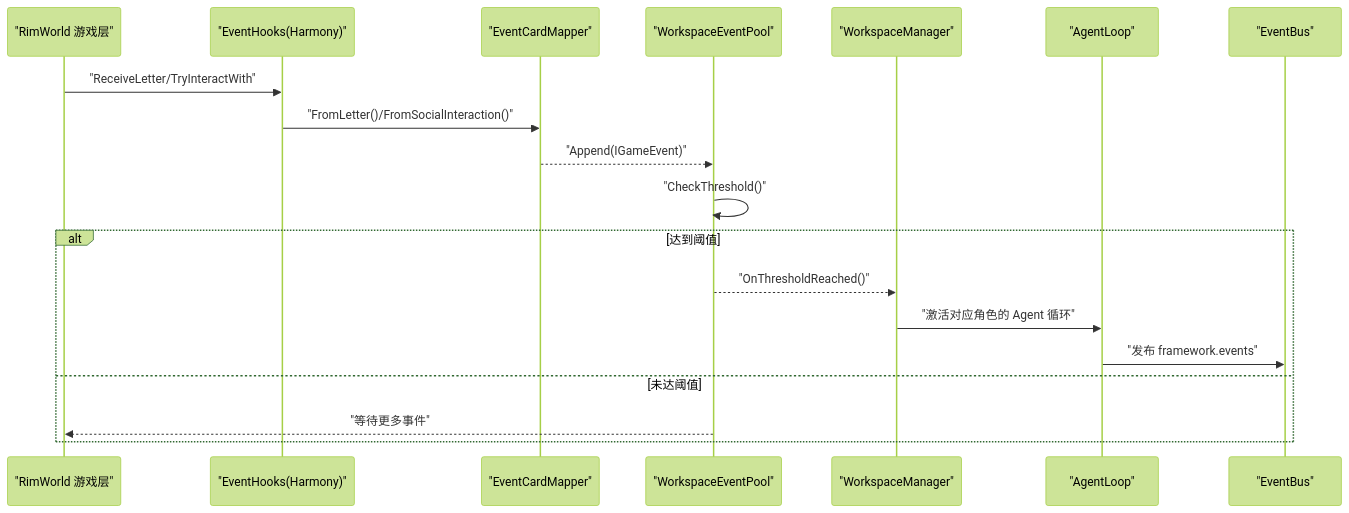
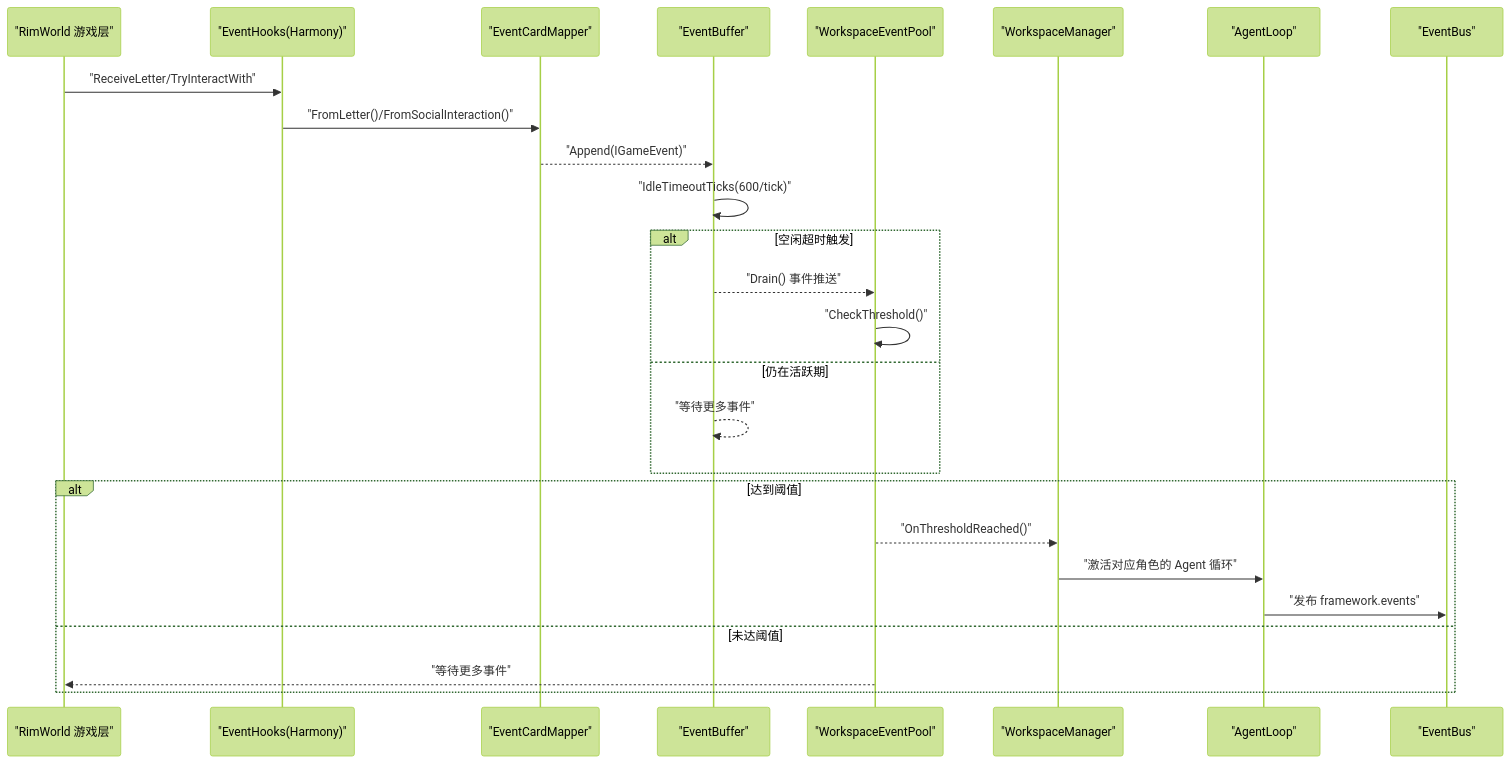
Before and after one commit to suzvka/RimLife: the second of 8 diagrams in .qoder/repowiki/zh/content/事件系统集成.md, drawn with Mermaid (forest theme). The commit also changed other lines of this file and 19 other files, not shown here.

````diff
--- a/.qoder/repowiki/zh/content/事件系统集成.md
+++ b/.qoder/repowiki/zh/content/事件系统集成.md
@@ -125,21 +147,28 @@
 ```mermaid
 sequenceDiagram
 participant Game as "RimWorld 游戏层"
 participant Hooks as "EventHooks(Harmony)"
 participant Mapper as "EventCardMapper"
+participant Buffer as "EventBuffer"
 participant Pool as "WorkspaceEventPool"
 participant WM as "WorkspaceManager"
 participant Agent as "AgentLoop"
 participant Bus as "EventBus"
 Game->>Hooks : "ReceiveLetter/TryInteractWith"
 Hooks->>Mapper : "FromLetter()/FromSocialInteraction()"
-Mapper-->>Pool : "Append(IGameEvent)"
+Mapper-->>Buffer : "Append(IGameEvent)"
+Buffer->>Buffer : "IdleTimeoutTicks(600/tick)"
+alt 空闲超时触发
+Buffer-->>Pool : "Drain() 事件推送"
 Pool->>Pool : "CheckThreshold()"
+else 仍在活跃期
+Buffer-->>Buffer : "等待更多事件"
+end
 alt 达到阈值
 Pool-->>WM : "OnThresholdReached()"
 WM->>Agent : "激活对应角色的 Agent 循环"
 Agent->>Bus : "发布 framework.events"
 else 未达阈值
 Pool-->>Game : "等待更多事件"
 end
 ```
````
